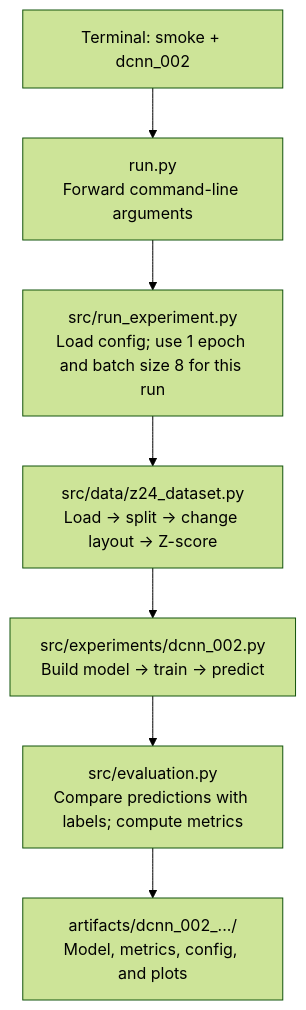
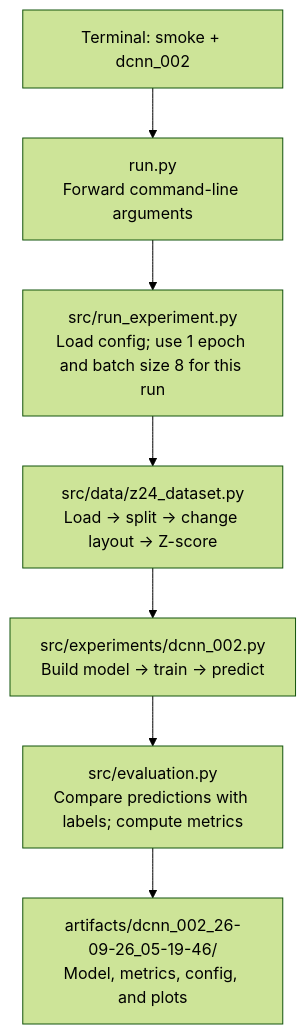
Before and after one commit to tranvanphuongdevdream-web/shm_ml: the diagram in README.md, drawn with Mermaid (forest theme). The commit also changed other lines of this file and 1 other file, not shown here.

Commit message:
update format file's name for result

````diff
--- a/README.md
+++ b/README.md
@@ -83,9 +83,9 @@
 ```mermaid
 flowchart TD
     A["Terminal: smoke + dcnn_002"] --> B["run.py<br/>Forward command-line arguments"]
     B --> C["src/run_experiment.py<br/>Load config; use 1 epoch and batch size 8 for this run"]
     C --> D["src/data/z24_dataset.py<br/>Load → split → change layout → Z-score"]
     D --> E["src/experiments/dcnn_002.py<br/>Build model → train → predict"]
     E --> F["src/evaluation.py<br/>Compare predictions with labels; compute metrics"]
-    F --> G["artifacts/dcnn_002_.../<br/>Model, metrics, config, and plots"]
+    F --> G["artifacts/dcnn_002_26-09-26_05-19-46/<br/>Model, metrics, config, and plots"]
 ```
````
